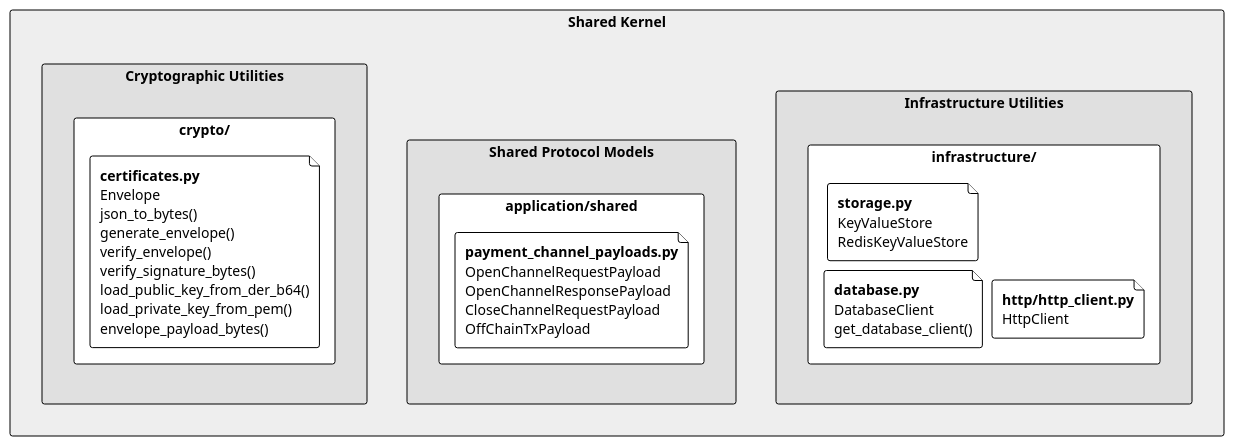
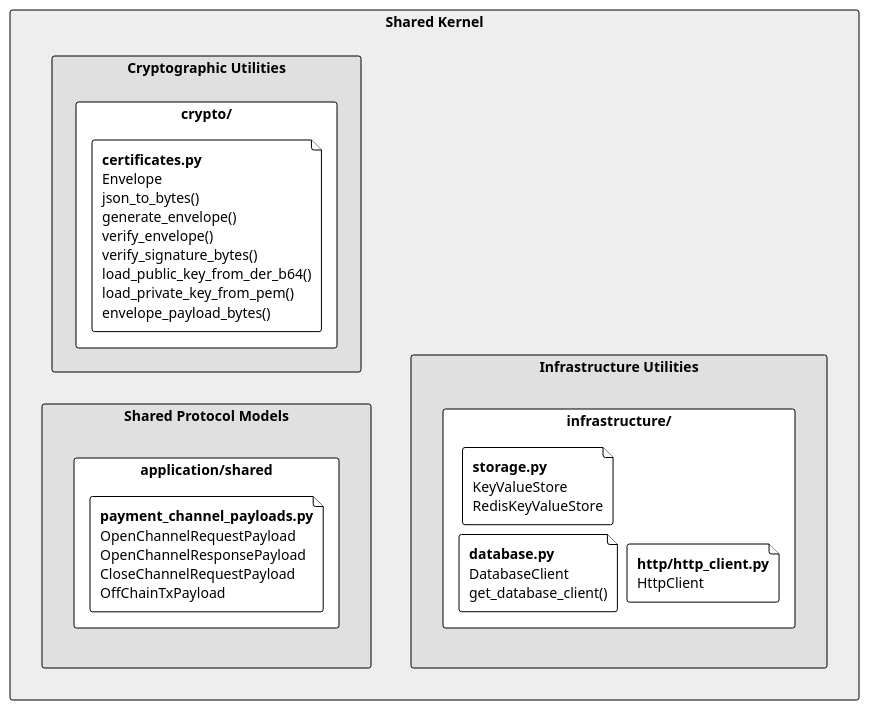
One commit to otaviootavio/nanomoni changed the diagram in umls/core.puml. Above: the diagram before and after it, drawn with PlantUML. The commit also changed 6 other files, not shown here.

Commit message:
update uml

```diff
--- a/umls/core.puml
+++ b/umls/core.puml
@@ -1,40 +1,39 @@
 @startuml Shared_Kernel_Compact
 
 !theme plain
 left to right direction
 skinparam backgroundColor white
 skinparam componentStyle rectangle
 skinparam padding 0
 skinparam BoxPadding 2
 skinparam RectanglePadding 3
 skinparam RectangleBorderThickness 1
 skinparam Shadowing false
 skinparam Nodesep 10
 skinparam Ranksep 10
 
 rectangle "Shared Kernel" #EEEEEE {
     rectangle "Cryptographic Utilities" as crypto #E0E0E0 {
         rectangle "crypto/" {
             file "**certificates.py**\nEnvelope\njson_to_bytes()\ngenerate_envelope()\nverify_envelope()\nverify_signature_bytes()\nload_public_key_from_der_b64()\nload_private_key_from_pem()\nenvelope_payload_bytes()"
         }
     }
 
     rectangle "Shared Protocol Models" as proto #E0E0E0 {
         rectangle "application/shared" {
             file "**payment_channel_payloads.py**\nOpenChannelRequestPayload\nOpenChannelResponsePayload\nCloseChannelRequestPayload\nOffChainTxPayload"
         }
     }
     
     rectangle "Infrastructure Utilities" as infra #E0E0E0 {
         rectangle "infrastructure/" {
             file "**database.py**\nDatabaseClient\nget_database_client()"
             file "**storage.py**\nKeyValueStore\nRedisKeyValueStore"
             file "**http/http_client.py**\nHttpClient"
         }
     }
     
-    crypto -[hidden]down-> proto
     proto -[hidden]down-> infra
 }
 
 @enduml
```
